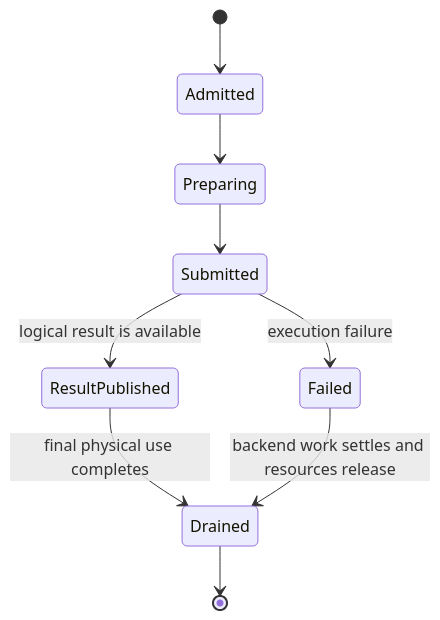
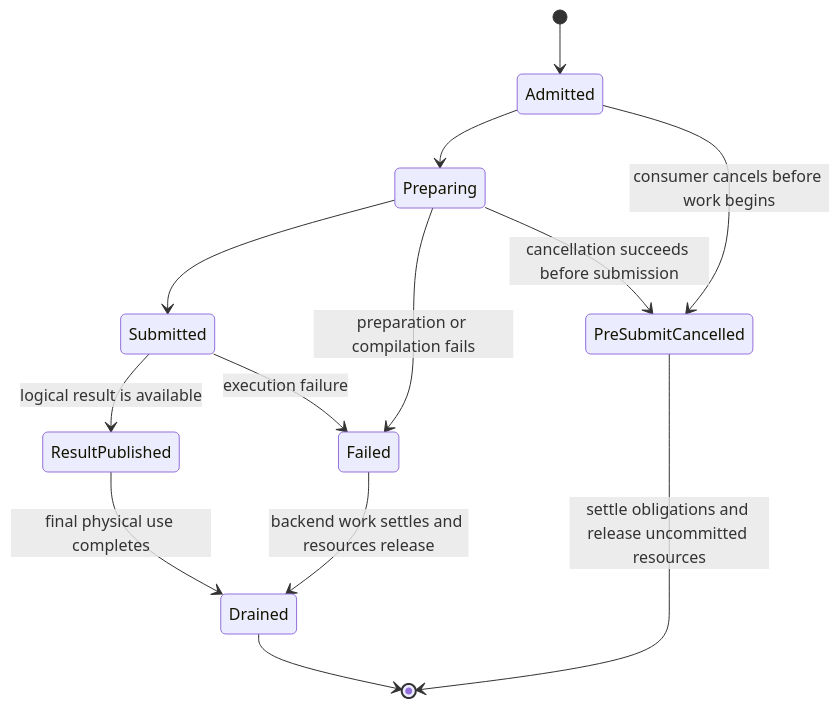
Before and after one commit to isaacperez/tabgrad: the first of 2 diagrams in docs/architecture/execution-lifecycle.md, drawn with Mermaid. The commit also changed 3 other files, not shown here.

First line of the commit message:
Clarify architecture lifecycle and terminology

````diff
--- a/docs/architecture/execution-lifecycle.md
+++ b/docs/architecture/execution-lifecycle.md
@@ -26,11 +26,15 @@
 ```mermaid
 stateDiagram-v2
     [*] --> Admitted
     Admitted --> Preparing
+    Admitted --> PreSubmitCancelled: consumer cancels before work begins
     Preparing --> Submitted
+    Preparing --> Failed: preparation or compilation fails
+    Preparing --> PreSubmitCancelled: cancellation succeeds before submission
     Submitted --> ResultPublished: logical result is available
     Submitted --> Failed: execution failure
     ResultPublished --> Drained: final physical use completes
     Failed --> Drained: backend work settles and resources release
+    PreSubmitCancelled --> [*]: settle obligations and release uncommitted resources
     Drained --> [*]
 ```
````
